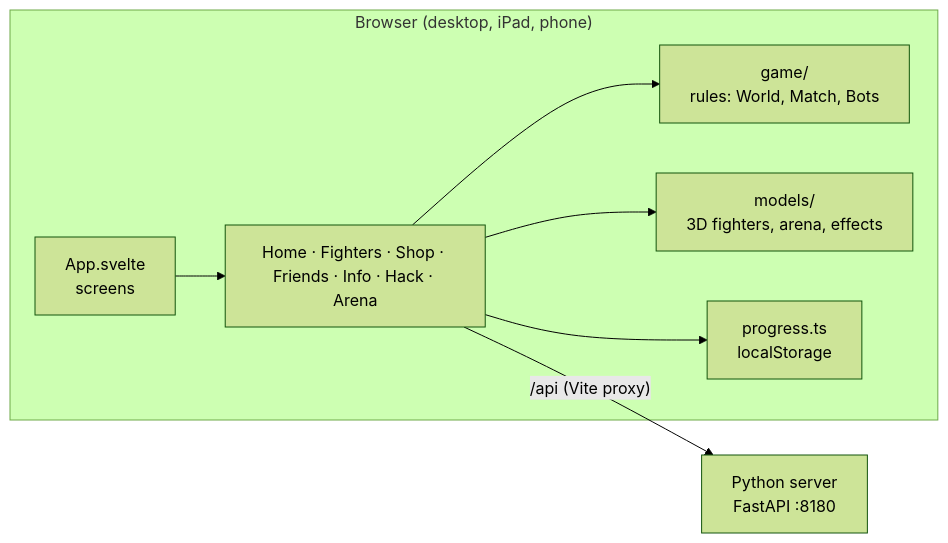
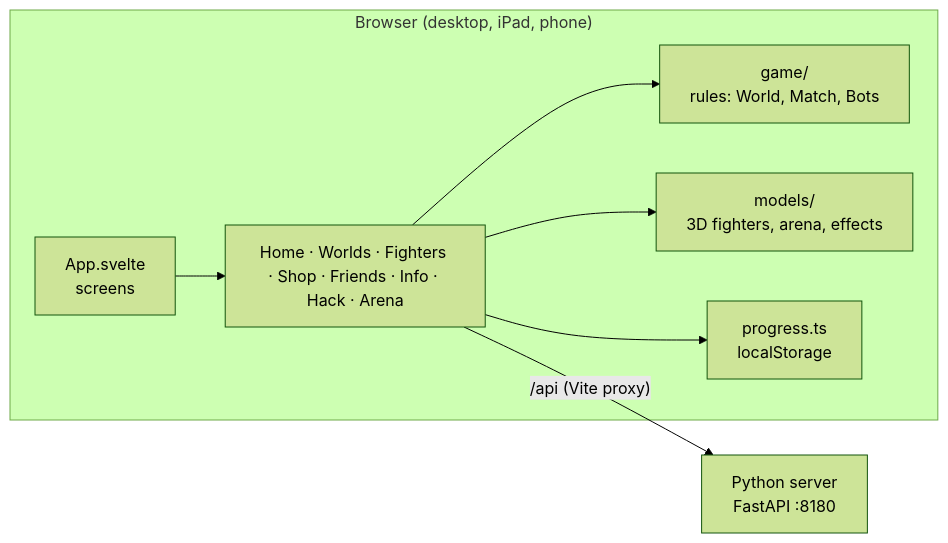
One commit to martinnordio/hack_star changed the first of 2 diagrams in docs/architecture.md. Above: the diagram before and after it, drawn with Mermaid (forest theme). The commit also changed other lines of this file and 2 other files, not shown here.

````diff
--- a/docs/architecture.md
+++ b/docs/architecture.md
@@ -6,10 +6,10 @@
 ```mermaid
 flowchart LR
   subgraph Browser["Browser (desktop, iPad, phone)"]
-    App["App.svelte<br/>screens"] --> Screens["Home · Fighters · Shop · Friends · Info · Hack · Arena"]
+    App["App.svelte<br/>screens"] --> Screens["Home · Worlds · Fighters · Shop · Friends · Info · Hack · Arena"]
     Screens --> Game["game/<br/>rules: World, Match, Bots"]
     Screens --> Models["models/<br/>3D fighters, arena, effects"]
     Screens --> Progress["progress.ts<br/>localStorage"]
   end
   Screens -- "/api (Vite proxy)" --> Server["Python server<br/>FastAPI :8180"]
 ```
````
